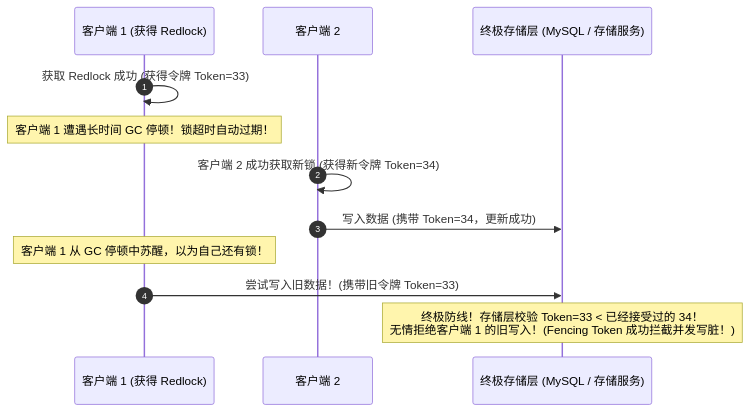
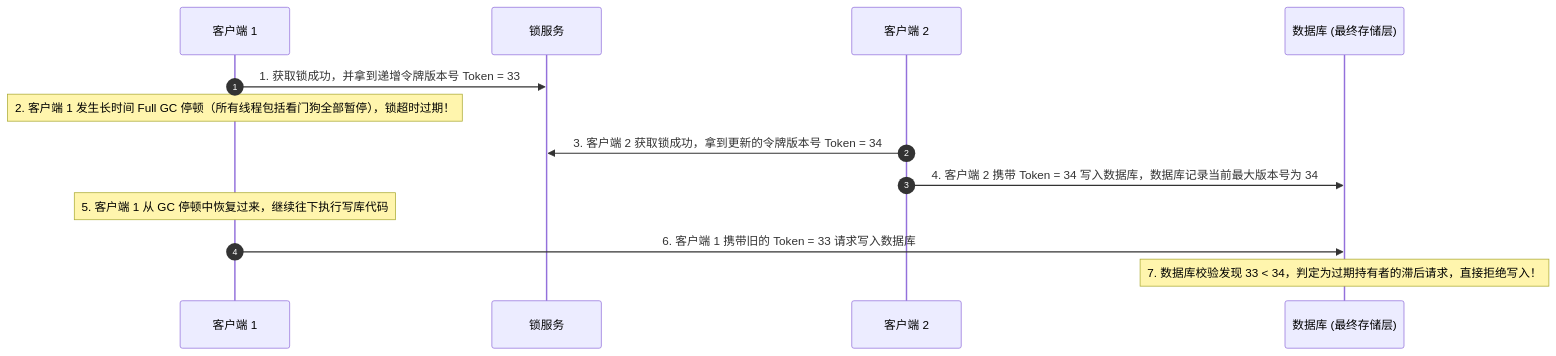
The fourth of 4 diagrams in 20-Java后端/07-分布式与微服务/04-分布式锁.md (GuoWWWX/knowledge-base), drawn with Mermaid before and after one commit. The commit also changed other lines of this file and 251 other files, not shown here.

````diff
--- a/20-Java后端/07-分布式与微服务/04-分布式锁.md
+++ b/20-Java后端/07-分布式与微服务/04-分布式锁.md
@@ -156,15 +213,16 @@
 ```mermaid
 sequenceDiagram
     autonumber
-    participant Client1 as 客户端 1 (获得 Redlock)
-    participant Client2 as 客户端 2
-    participant Storage as 终极存储层 (MySQL / 存储服务)
+    participant C1 as 客户端 1
+    participant Lock as 锁服务
+    participant C2 as 客户端 2
+    participant DB as 数据库 (最终存储层)
 
-    Client1->>Client1: 获取 Redlock 成功 (获得令牌 Token=33)
-    Note over Client1: 客户端 1 遭遇长时间 GC 停顿！锁超时自动过期！
-    Client2->>Client2: 客户端 2 成功获取新锁 (获得新令牌 Token=34)
-    Client2->>Storage: 写入数据 (携带 Token=34，更新成功)
-    Note over Client1: 客户端 1 从 GC 停顿中苏醒，以为自己还有锁！
-    Client1->>Storage: 尝试写入旧数据！(携带旧令牌 Token=33)
-    Note over Storage: 终极防线！存储层校验 Token=33 < 已经接受过的 34！<br/>无情拒绝客户端 1 的旧写入！(Fencing Token 成功拦截并发写脏！)
+    C1->>Lock: 1. 获取锁成功，并拿到递增令牌版本号 Token = 33
+    Note over C1: 2. 客户端 1 发生长时间 Full GC 停顿（所有线程包括看门狗全部暂停），锁超时过期！
+    C2->>Lock: 3. 客户端 2 获取锁成功，拿到更新的令牌版本号 Token = 34
+    C2->>DB: 4. 客户端 2 携带 Token = 34 写入数据库，数据库记录当前最大版本号为 34
+    Note over C1: 5. 客户端 1 从 GC 停顿中恢复过来，继续往下执行写库代码
+    C1->>DB: 6. 客户端 1 携带旧的 Token = 33 请求写入数据库
+    Note over DB: 7. 数据库校验发现 33 < 34，判定为过期持有者的滞后请求，直接拒绝写入！
 ```
````
